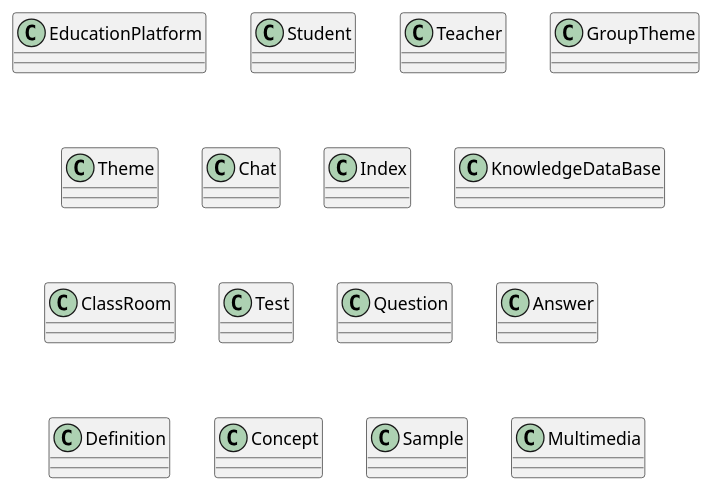
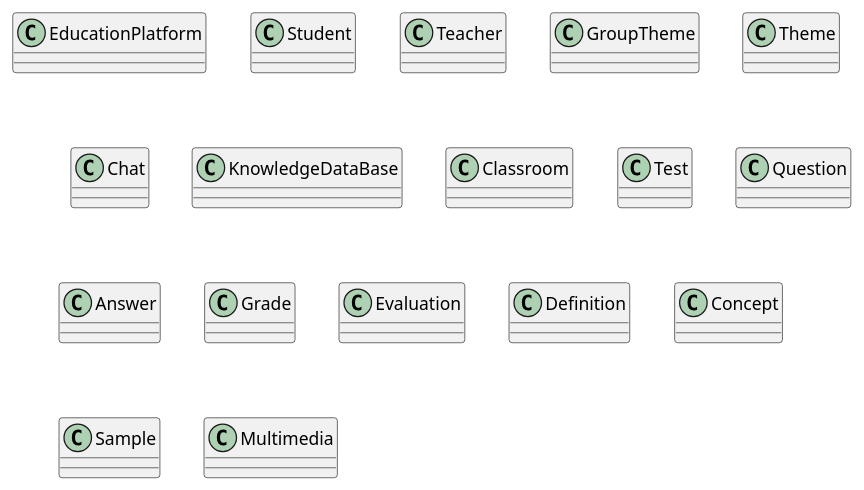
The diagram in src/EducationPlatform.puml (jumpering/lab-turing), drawn with PlantUML before and after one commit.

Commit message:
add brainstroming domain words

```diff
--- a/src/EducationPlatform.puml
+++ b/src/EducationPlatform.puml
@@ -1,18 +1,26 @@
 @startuml EducationPlatform
 class EducationPlatform
+
 class Student
 class Teacher
+
 class GroupTheme
 class Theme
+
 class Chat
-class Index
 class KnowledgeDataBase
-class ClassRoom
+class Classroom
+
 class Test
 class Question
 class Answer
+class Grade
+class Evaluation
+
 class Definition
 class Concept
+
 class Sample
+
 class Multimedia
 @enduml
```
